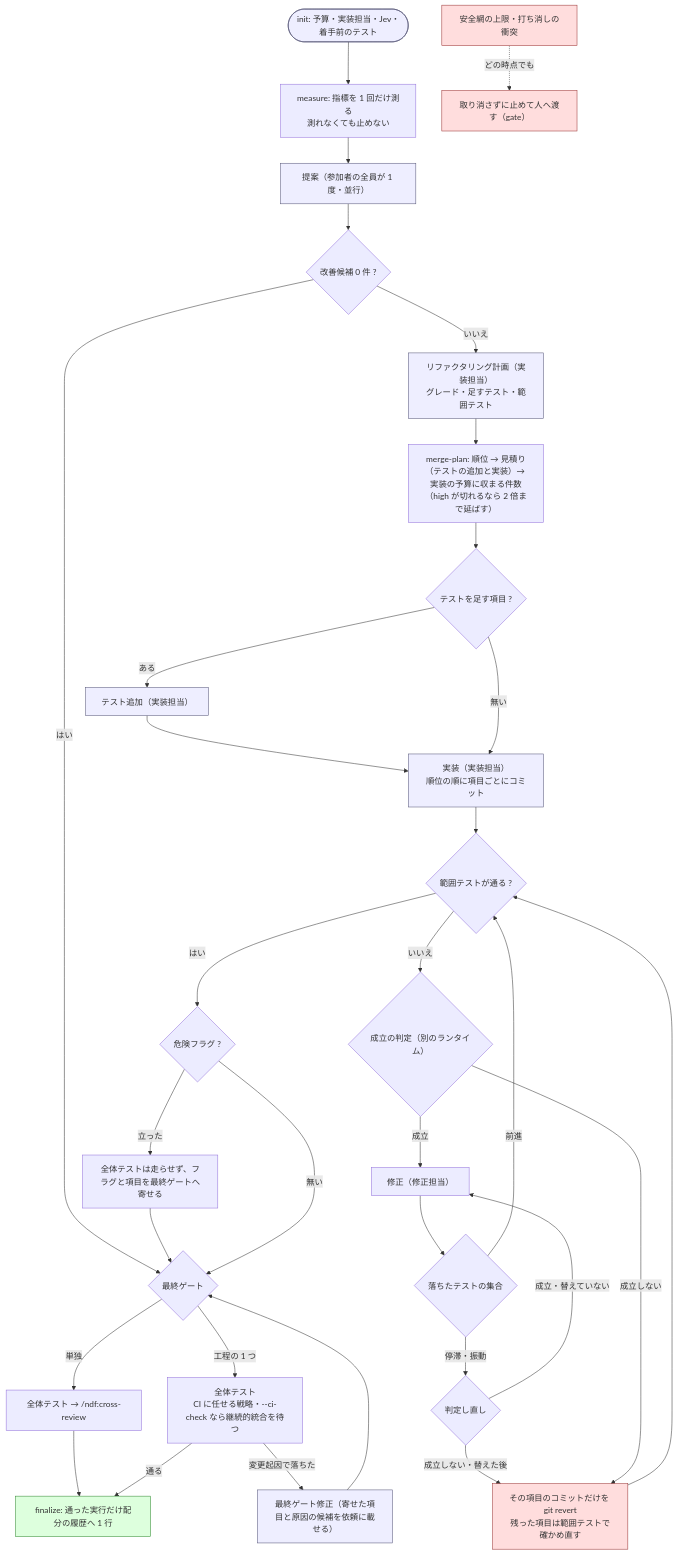
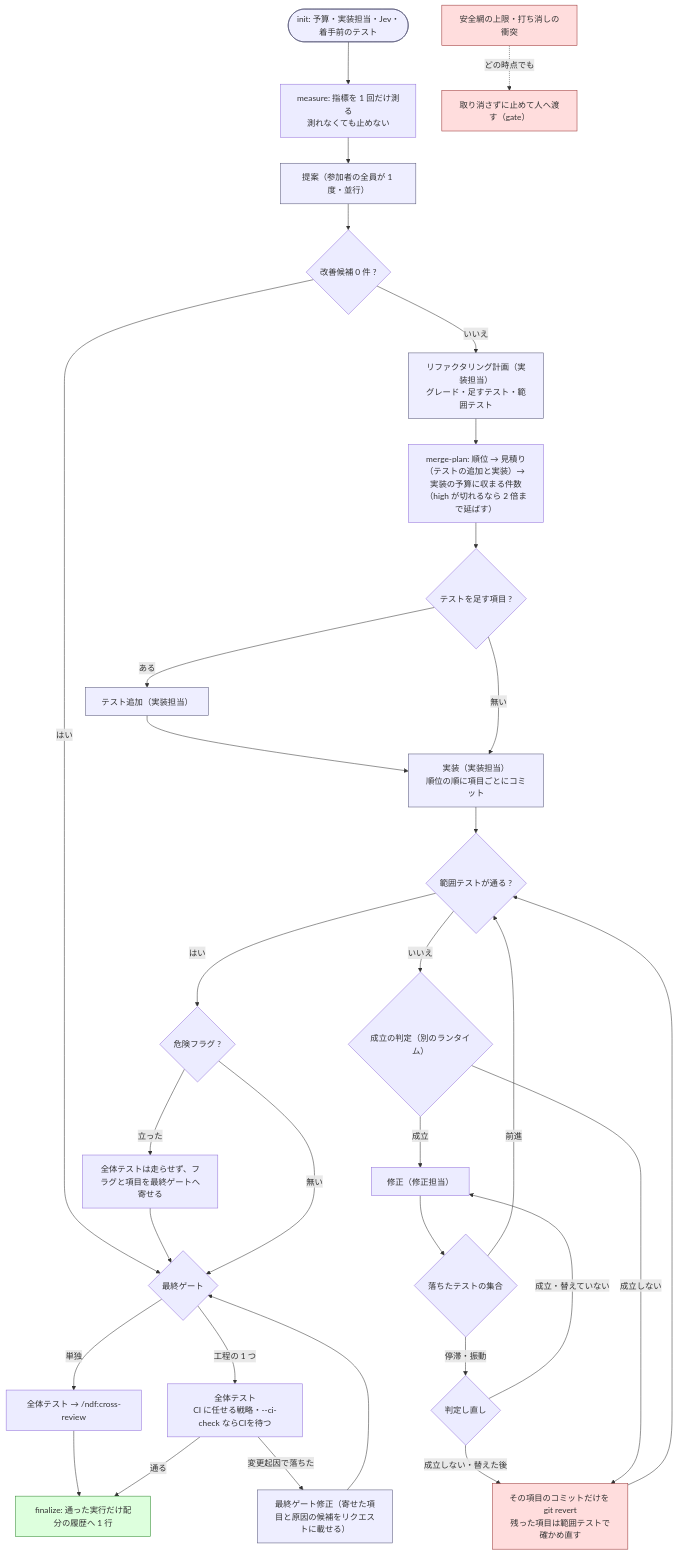
One commit to devbasex/ai-plugins changed the diagram in plugins/ndf/skills/cross-refactoring/SKILL.md. Above: the diagram before and after it, drawn with Mermaid. The commit also changed other lines of this file and 3010 other files, not shown here.

````diff
--- a/plugins/ndf/skills/cross-refactoring/SKILL.md
+++ b/plugins/ndf/skills/cross-refactoring/SKILL.md
@@ -194,34 +192,34 @@
 ```mermaid
 flowchart TD
     Init([init: 予算・実装担当・Jev・着手前のテスト]):::phase --> M
     M["measure: 指標を 1 回だけ測る<br/>測れなくても止めない"] --> P
     P["提案（参加者の全員が 1 度・並行）"]:::phase --> MP{"改善候補 0 件 ?"}
     MP -->|はい| Gate
     MP -->|いいえ| Plan["リファクタリング計画（実装担当）<br/>グレード・足すテスト・範囲テスト"]:::phase
     Plan --> Sel["merge-plan: 順位 → 見積り（テストの追加と実装）→ 実装の予算に収まる件数（high が切れるなら 2 倍まで延ばす）"]
     Sel --> T{"テストを足す項目 ?"}
     T -->|ある| AT["テスト追加（実装担当）"]:::phase --> Impl
     T -->|無い| Impl["実装（実装担当）<br/>順位の順に項目ごとにコミット"]:::phase
     Impl --> V{"範囲テストが通る ?"}
     V -->|いいえ| J{"成立の判定（別のランタイム）"}
     J -->|成立| Fix["修正（修正担当）"] --> Pg{"落ちたテストの集合"}
     Pg -->|前進| V
     Pg -->|停滞・振動| J2{"判定し直し"}
     J2 -->|成立・替えていない| Fix
     J2 -->|成立しない・替えた後| Drop["その項目のコミットだけを git revert<br/>残った項目は範囲テストで確かめ直す"]:::stop --> V
     J -->|成立しない| Drop
     V -->|はい| D{"危険フラグ ?"}
     D -->|立った| W["全体テストは走らせず、フラグと項目を最終ゲートへ寄せる"]
     W --> Gate
     Net["安全網の上限・打ち消しの衝突"]:::stop -.->|どの時点でも| Halt["取り消さずに止めて人へ渡す（gate）"]:::stop
     D -->|無い| Gate{"最終ゲート"}
     Gate -->|単独| CR["全体テスト → /ndf:cross-review"]
-    Gate -->|工程の 1 つ| Whole["全体テスト<br/>CI に任せる戦略・--ci-check なら継続的統合を待つ"]
-    Whole -->|変更起因で落ちた| FF["最終ゲート修正（寄せた項目と原因の候補を依頼に載せる）"]:::phase --> Gate
+    Gate -->|工程の 1 つ| Whole["全体テスト<br/>CI に任せる戦略・--ci-check ならCIを待つ"]
+    Whole -->|変更起因で落ちた| FF["最終ゲート修正（寄せた項目と原因の候補をリクエストに載せる）"]:::phase --> Gate
     CR --> Fin["finalize: 通った実行だけ配分の履歴へ 1 行"]:::ok
     Whole -->|通る| Fin
 
     classDef phase fill:#eef,stroke:#557
     classDef ok fill:#dfd,stroke:#383
     classDef stop fill:#fdd,stroke:#933
 ```
````
